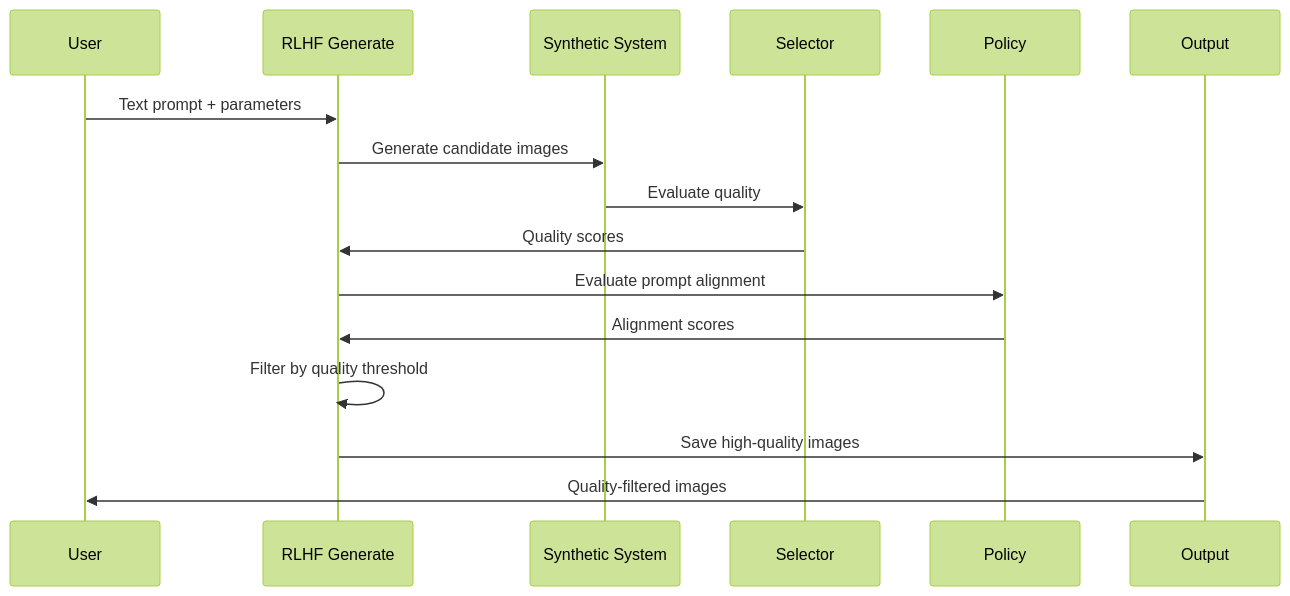
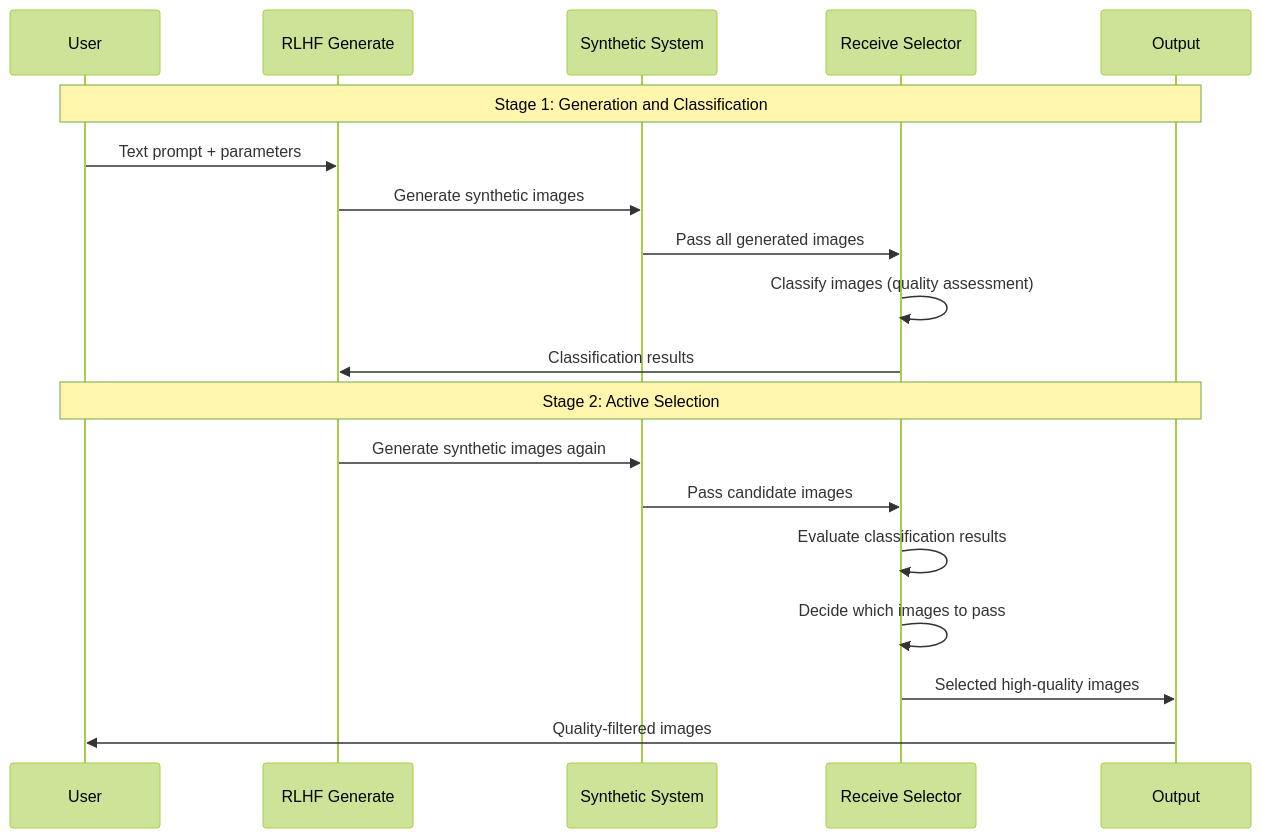
The fifth of 5 diagrams in README.md (harsh-ps-2003/CS787), drawn with Mermaid (forest theme) before and after one commit. The commit also changed other lines of this file and 5 other files, not shown here.

````diff
--- a/README.md
+++ b/README.md
@@ -95,19 +132,23 @@
 ```mermaid
 sequenceDiagram
     participant U as User
     participant G as RLHF Generate
     participant SS as Synthetic System
-    participant S as Selector
-    participant P as Policy
+    participant RS as Receive Selector
     participant O as Output
     
+    Note over U,O: Stage 1: Generation and Classification
     U->>G: Text prompt + parameters
-    G->>SS: Generate candidate images
-    SS->>S: Evaluate quality
-    S->>G: Quality scores
-    G->>P: Evaluate prompt alignment
-    P->>G: Alignment scores
-    G->>G: Filter by quality threshold
-    G->>O: Save high-quality images
+    G->>SS: Generate synthetic images
+    SS->>RS: Pass all generated images
+    RS->>RS: Classify images (quality assessment)
+    RS->>G: Classification results
+    
+    Note over U,O: Stage 2: Active Selection
+    G->>SS: Generate synthetic images again
+    SS->>RS: Pass candidate images
+    RS->>RS: Evaluate classification results
+    RS->>RS: Decide which images to pass
+    RS->>O: Selected high-quality images
     O->>U: Quality-filtered images
 ```
````
